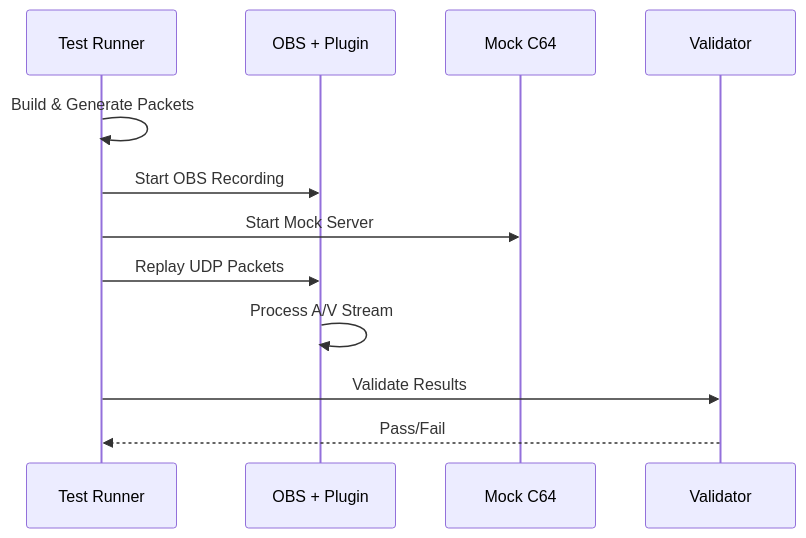
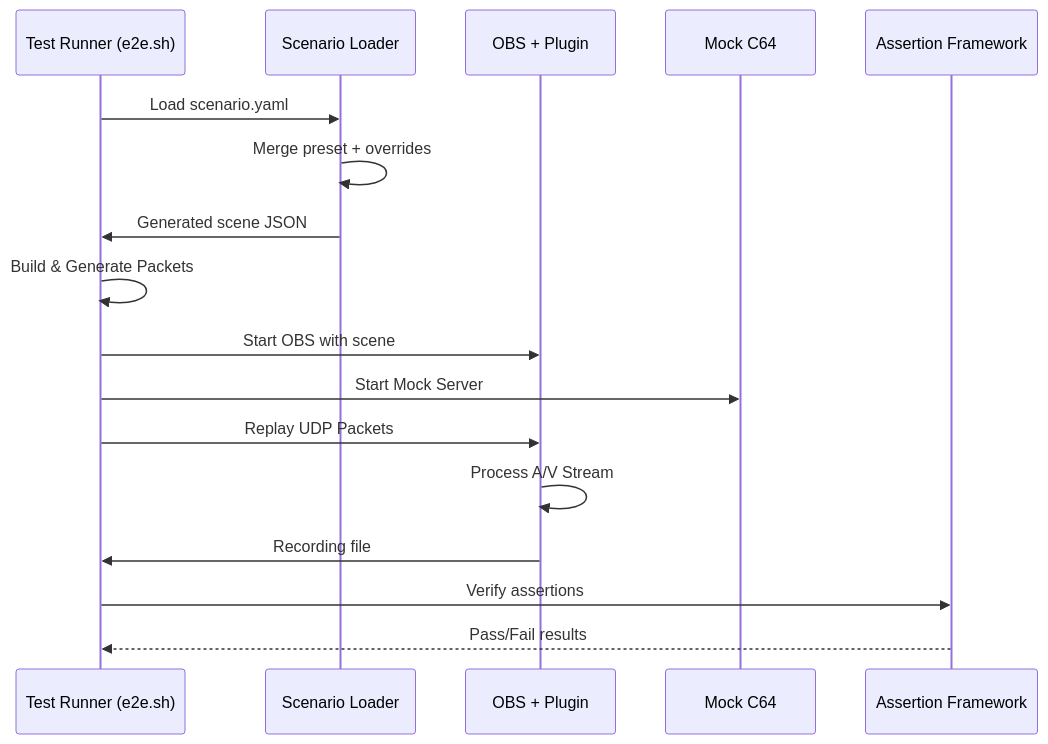
One commit to chrisgleissner/c64stream changed the second of 5 diagrams in doc/e2e.md. Above: the diagram before and after it, drawn with Mermaid. The commit also changed other lines of this file and 31 other files, not shown here.

````diff
--- a/doc/e2e.md
+++ b/doc/e2e.md
@@ -53,15 +55,20 @@
 ```mermaid
 sequenceDiagram
-    participant T as Test Runner
+    participant T as Test Runner (e2e.sh)
+    participant L as Scenario Loader
     participant O as OBS + Plugin
     participant M as Mock C64
-    participant V as Validator
+    participant A as Assertion Framework
 
+    T->>L: Load scenario.yaml
+    L->>L: Merge preset + overrides
+    L->>T: Generated scene JSON
     T->>T: Build & Generate Packets
-    T->>O: Start OBS Recording
+    T->>O: Start OBS with scene
     T->>M: Start Mock Server
     T->>O: Replay UDP Packets
     O->>O: Process A/V Stream
-    T->>V: Validate Results
-    V-->>T: Pass/Fail
+    O->>T: Recording file
+    T->>A: Verify assertions
+    A-->>T: Pass/Fail results
 ```
````
